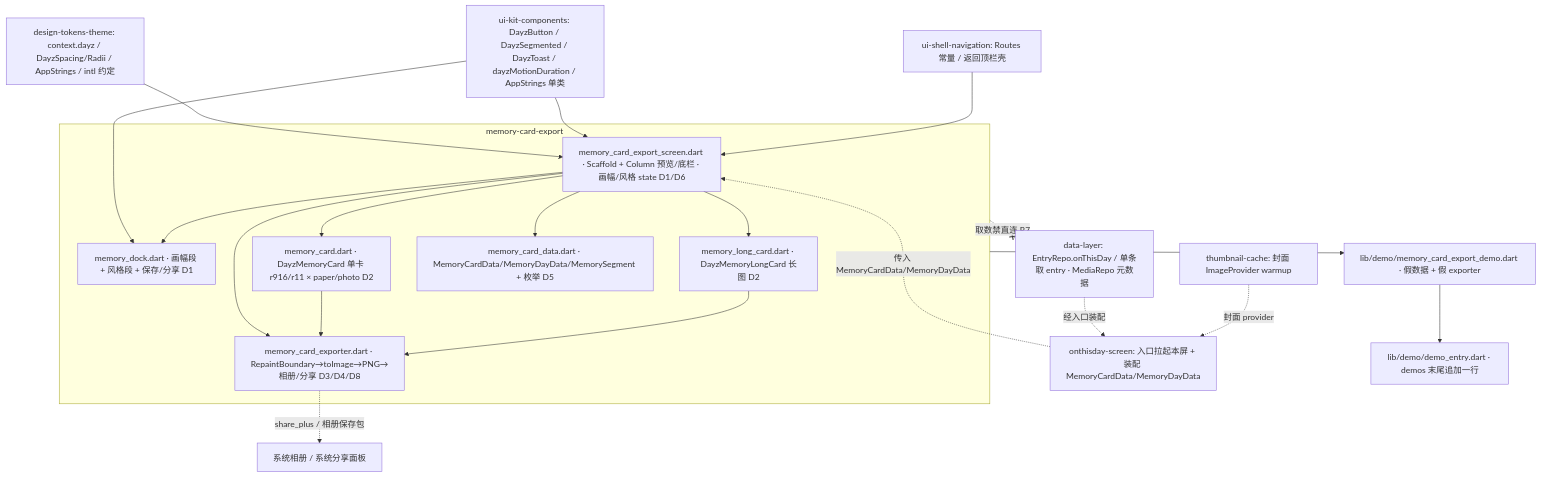
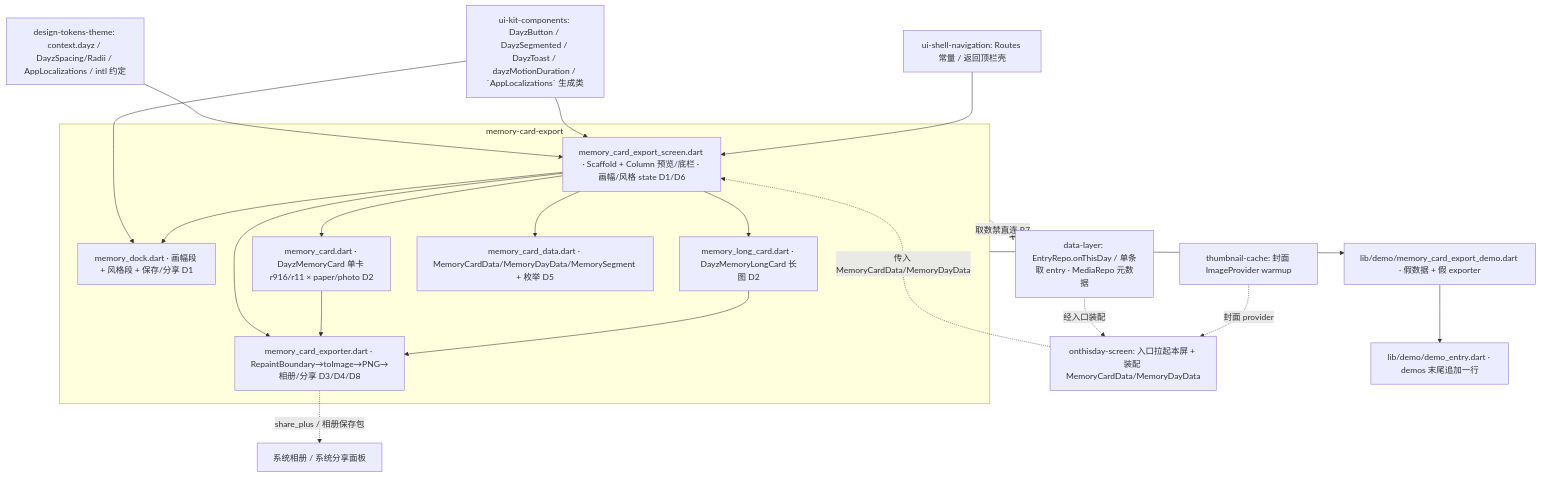
One commit to cr1992/DayZ changed the diagram in specs/active/memory-card-export/design.md. Above: the diagram before and after it, drawn with Mermaid. The commit also changed other lines of this file and 104 other files, not shown here.

````diff
--- a/specs/active/memory-card-export/design.md
+++ b/specs/active/memory-card-export/design.md
@@ -90,37 +90,37 @@
 ```mermaid
 graph TD
-  TOK[design-tokens-theme: context.dayz / DayzSpacing/Radii / AppStrings / intl 约定]
-  KIT[ui-kit-components: DayzButton / DayzSegmented / DayzToast / dayzMotionDuration / AppStrings 单类]
+  TOK[design-tokens-theme: context.dayz / DayzSpacing/Radii / AppLocalizations / intl 约定]
+  KIT[ui-kit-components: DayzButton / DayzSegmented / DayzToast / dayzMotionDuration / `AppLocalizations` 生成类]
   SHELL[ui-shell-navigation: Routes 常量 / 返回顶栏壳]
   OTD[onthisday-screen: 入口拉起本屏 + 装配 MemoryCardData/MemoryDayData]
   REPO[data-layer: EntryRepo.onThisDay / 单条取 entry · MediaRepo 元数据]
   THUMB[thumbnail-cache: 封面 ImageProvider warmup]
 
   subgraph MCE[memory-card-export]
     SCREEN[memory_card_export_screen.dart · Scaffold + Column 预览/底栏 · 画幅/风格 state D1/D6]
     DOCK[memory_dock.dart · 画幅段 + 风格段 + 保存/分享 D1]
     CARD[memory_card.dart · DayzMemoryCard 单卡 r916/r11 × paper/photo D2]
     LONG[memory_long_card.dart · DayzMemoryLongCard 长图 D2]
     MODEL[memory_card_data.dart · MemoryCardData/MemoryDayData/MemorySegment + 枚举 D5]
     EXP[memory_card_exporter.dart · RepaintBoundary→toImage→PNG→相册/分享 D3/D4/D8]
   end
 
   TOK --> SCREEN
   KIT --> DOCK
   KIT --> SCREEN
   SHELL --> SCREEN
   OTD -. 传入 MemoryCardData/MemoryDayData .-> SCREEN
   REPO -. 经入口装配 .-> OTD
   THUMB -. 封面 provider .-> OTD
   SCREEN --> DOCK
   SCREEN --> CARD
   SCREEN --> LONG
   SCREEN --> MODEL
   SCREEN --> EXP
   CARD --> EXP
   LONG --> EXP
   EXP -. share_plus / 相册保存包 .-> OS[系统相册 / 系统分享面板]
   MCE --> DEMO[lib/demo/memory_card_export_demo.dart · 假数据 + 假 exporter]
   DEMO --> DH[lib/demo/demo_entry.dart · demos 末尾追加一行]
   MCE -. 取数禁直连 R7 .-x REPO
 ```
````
